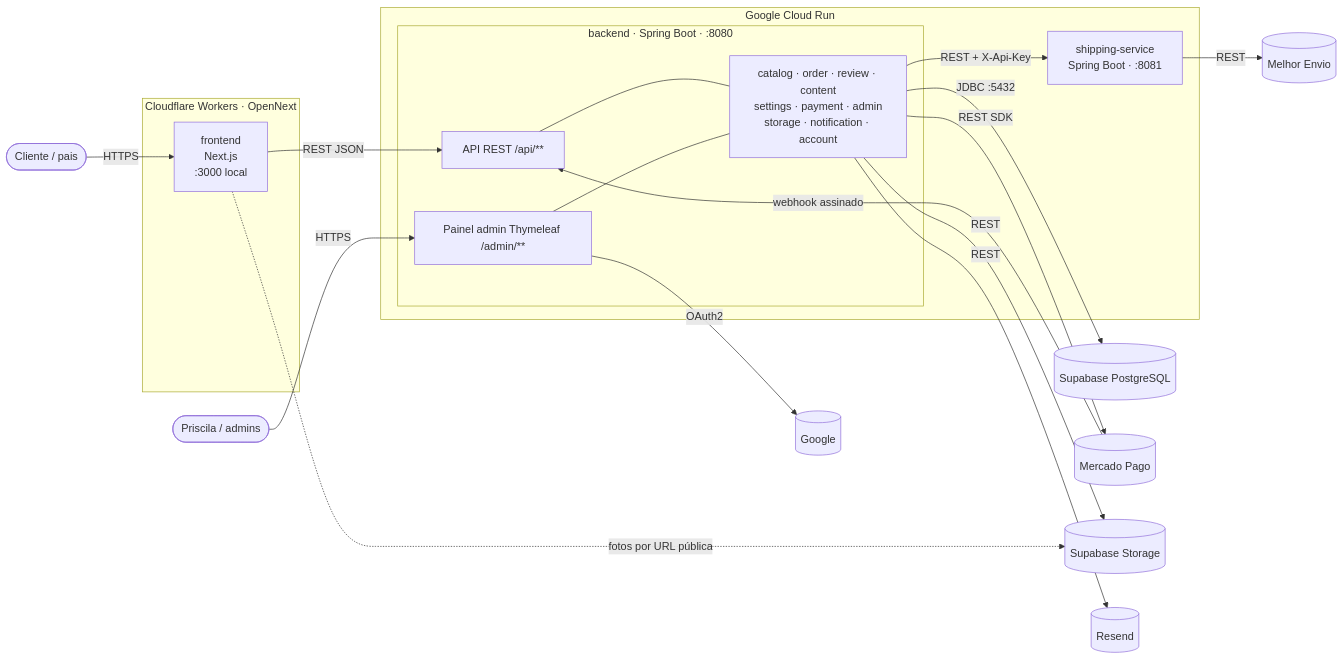
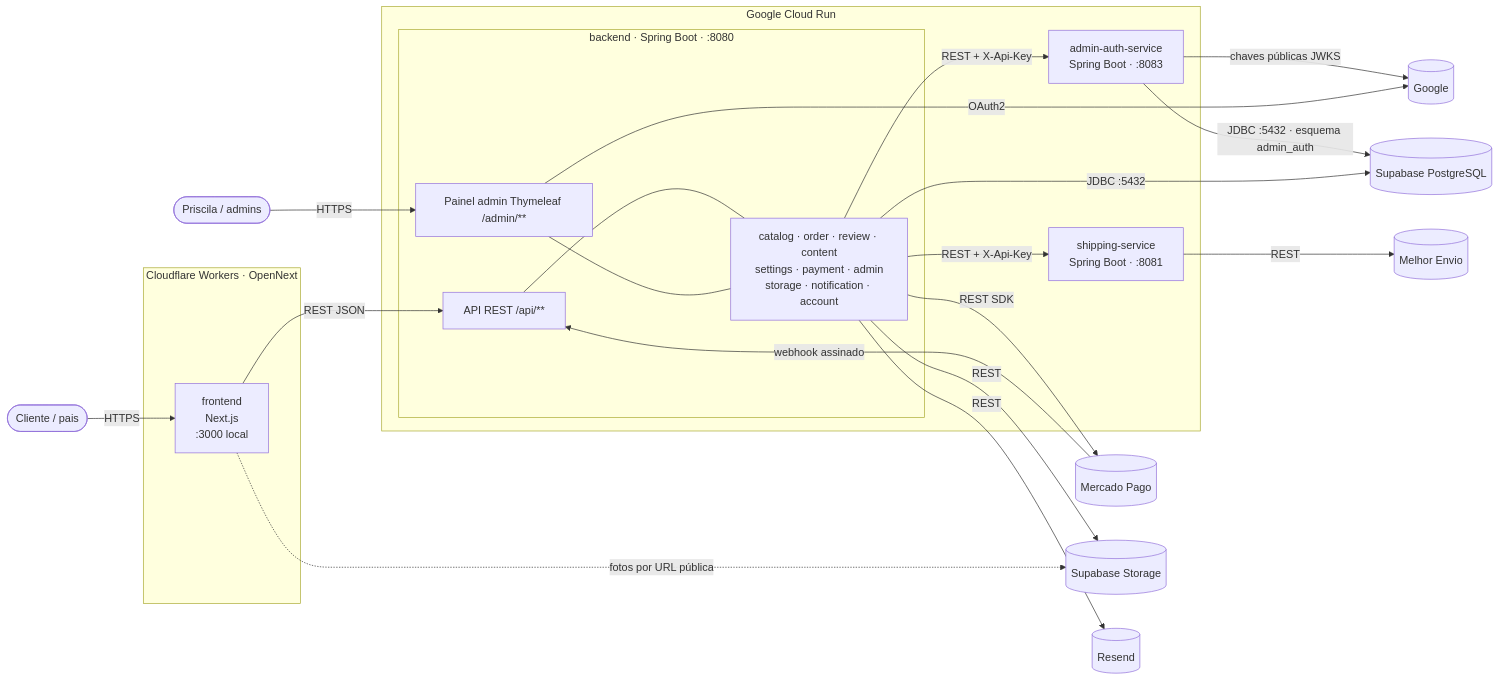
The first of 9 diagrams in docs/arquitetura.md (gabribaruelc/ASOBI), drawn with Mermaid before and after one commit. The commit also changed other lines of this file and 53 other files, not shown here.

First line of the commit message:
feat: extrair a lista de admins para o admin-auth-service

````diff
--- a/docs/arquitetura.md
+++ b/docs/arquitetura.md
@@ -180,31 +182,35 @@
 ```mermaid
 flowchart LR
     cliente([Cliente / pais]) -->|HTTPS| loja
     priscila([Priscila / admins]) -->|HTTPS| painel
 
     subgraph CF[Cloudflare Workers · OpenNext]
         loja[frontend<br/>Next.js<br/>:3000 local]
     end
 
     subgraph CR[Google Cloud Run]
         subgraph BE[backend · Spring Boot · :8080]
             api[API REST /api/**]
             painel[Painel admin Thymeleaf /admin/**]
             mods[catalog · order · review · content<br/>settings · payment · admin<br/>storage · notification · account]
         end
         ship[shipping-service<br/>Spring Boot · :8081]
+        auth[admin-auth-service<br/>Spring Boot · :8083]
     end
 
     loja -->|REST JSON| api
     api --- mods
     painel --- mods
     mods -->|REST + X-Api-Key| ship
     ship -->|REST| ME[(Melhor Envio)]
+    mods -->|REST + X-Api-Key| auth
+    auth -->|JDBC :5432 · esquema admin_auth| DB
+    auth -->|chaves públicas JWKS| G
     mods -->|JDBC :5432| DB[(Supabase PostgreSQL)]
     mods -->|REST SDK| MP[(Mercado Pago)]
     mods -->|REST| ST[(Supabase Storage)]
     mods -->|REST| RS[(Resend)]
     loja -.->|fotos por URL pública| ST
     MP -->|webhook assinado| api
     painel -->|OAuth2| G[(Google)]
 ```
````
